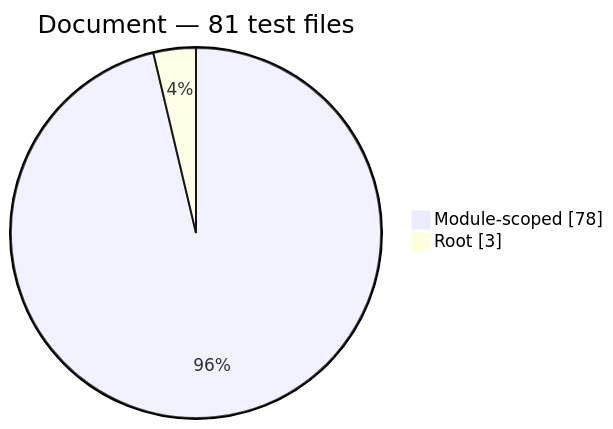
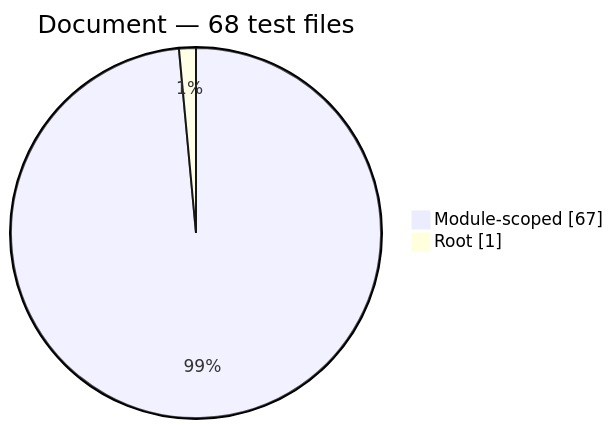
One commit to Mohammed-Alama/php-arazzo changed the fourth of 8 diagrams in docs/generated/test-composition.md. Above: the diagram before and after it, drawn with Mermaid. The commit also changed other lines of this file and 138 other files, not shown here.

````diff
--- a/docs/generated/test-composition.md
+++ b/docs/generated/test-composition.md
@@ -54,6 +54,6 @@
 ```mermaid
 pie showData
-    title Document — 81 test files
-    "Module-scoped": 78
-    "Root": 3
+    title Document — 68 test files
+    "Module-scoped": 67
+    "Root": 1
 ```
````
